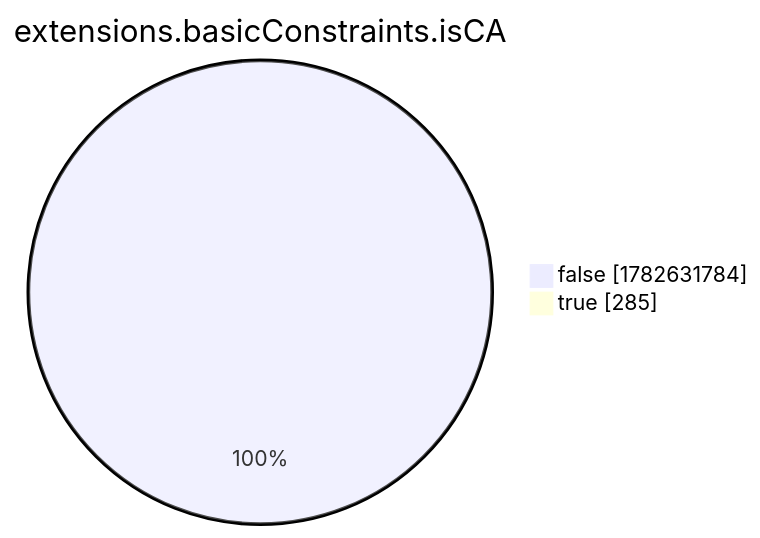
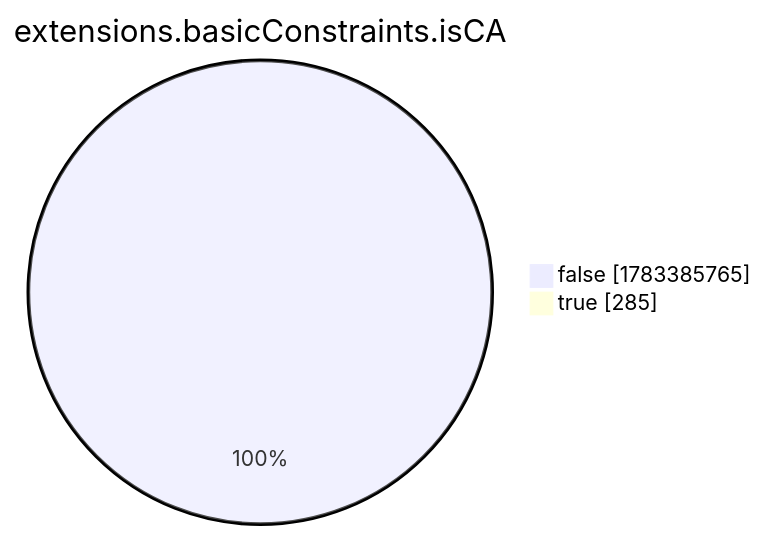
The eighth of 15 diagrams in xenon2022/README.md (christiankrug/ctmonitor_visualization), drawn with Mermaid before and after one commit. The commit also changed other lines of this file, not shown here.

````diff
--- a/xenon2022/README.md
+++ b/xenon2022/README.md
@@ -2868,6 +2868,6 @@
 ```mermaid
 pie showData
 title extensions.basicConstraints.isCA
-"false" :1782631784
+"false" :1783385765
 "true" :285
 ```
````
